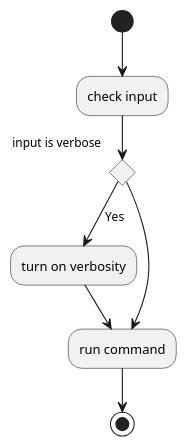
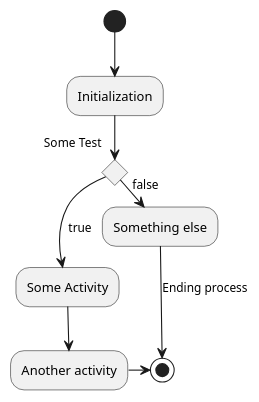
The diagram in booklet-redis/articles/bgrewriteaof.puml (liumapp/booklet), drawn with PlantUML before and after one commit. The commit also changed other lines of this file and 2 other files, not shown here.

```diff
--- a/booklet-redis/articles/bgrewriteaof.puml
+++ b/booklet-redis/articles/bgrewriteaof.puml
@@ -9,10 +1,12 @@
 @startuml
-(*)  --> "check input"
-If "input is verbose" then
---> [Yes] "turn on verbosity"
---> "run command"
+(*) --> "Initialization"
+
+if "Some Test" then
+  -->[true] "Some Activity"
+  --> "Another activity"
+  -right-> (*)
 else
---> "run command"
-Endif
--->(*)
+  ->[false] "Something else"
+  -->[Ending process] (*)
+endif
 @enduml
```
